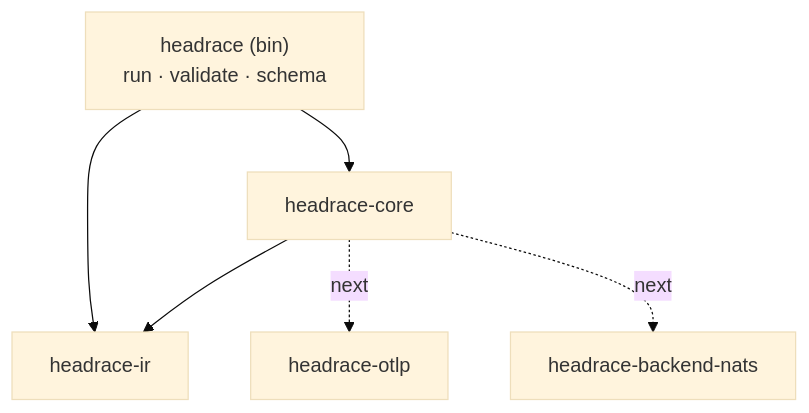
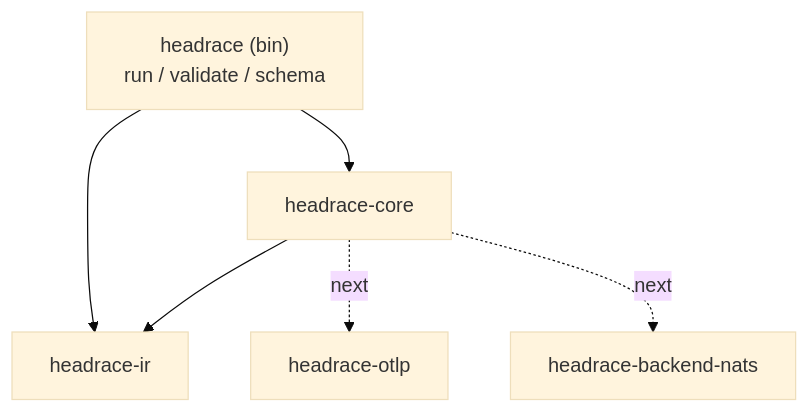
Before and after one commit to headrace-rs/headrace: the fourth of 4 diagrams in DESIGN.md, drawn with Mermaid (base theme). The commit also changed other lines of this file and 13 other files, not shown here.

````diff
--- a/DESIGN.md
+++ b/DESIGN.md
@@ -213,8 +213,8 @@
 ```mermaid
 flowchart TD
-  cli["headrace (bin)<br/>run · validate · schema"] --> core[headrace-core]
+  cli["headrace (bin)<br/>run / validate / schema"] --> core[headrace-core]
   cli --> ir[headrace-ir]
   core --> ir
   core -.next.-> otlp[headrace-otlp]
   core -.next.-> nats[headrace-backend-nats]
 ```
````
